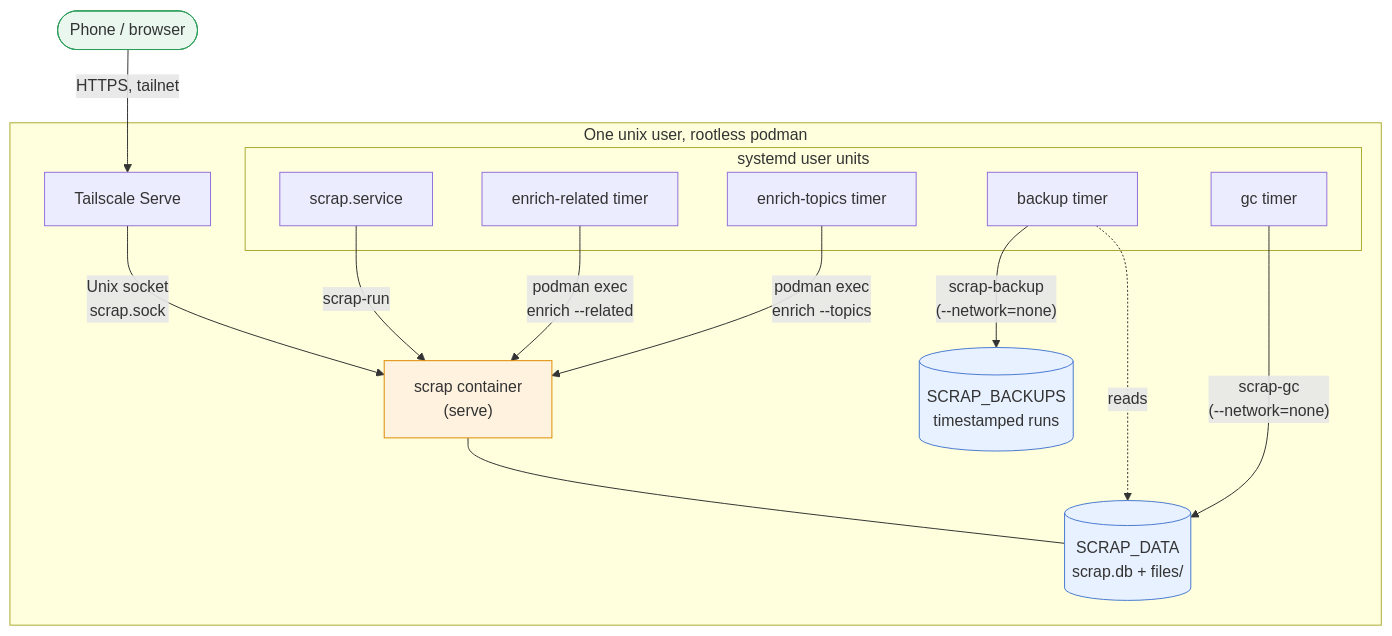
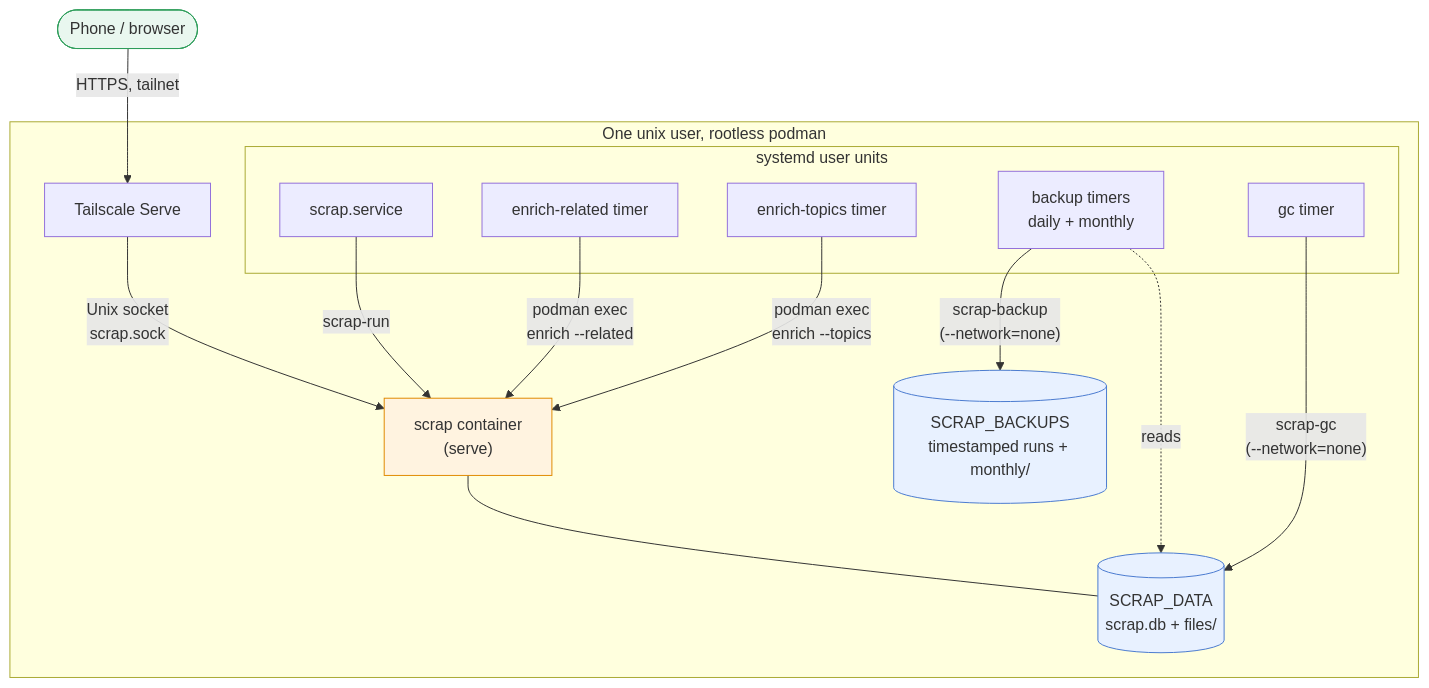
One commit to gilesknap/scrap changed the first of 3 diagrams in docs/explanations/architecture/deployment.md. Above: the diagram before and after it, drawn with Mermaid. The commit also changed other lines of this file, not shown here.

Commit message:
Architecture page: the single server's monthly backup timer (#285)

````diff
--- a/docs/explanations/architecture/deployment.md
+++ b/docs/explanations/architecture/deployment.md
@@ -16,29 +16,29 @@
 ```mermaid
 flowchart TD
     me(["Phone / browser"]):::user
     subgraph host["One unix user, rootless podman"]
         ts["Tailscale Serve"]
         subgraph units["systemd user units"]
             svc["scrap.service"]
-            tb["backup timer"]
+            tb["backup timers<br/>daily + monthly"]
             tg["gc timer"]
             tr["enrich-related timer"]
             tt["enrich-topics timer"]
         end
         app["scrap container<br/>(serve)"]
         data[("SCRAP_DATA<br/>scrap.db + files/")]:::store
-        bak[("SCRAP_BACKUPS<br/>timestamped runs")]:::store
+        bak[("SCRAP_BACKUPS<br/>timestamped runs + monthly/")]:::store
     end
     me -->|HTTPS, tailnet| ts
     ts -->|"Unix socket<br/>scrap.sock"| app
     svc -->|scrap-run| app
     app --- data
     tb -->|"scrap-backup<br/>(--network=none)"| bak
     tb -.->|reads| data
     tg -->|"scrap-gc<br/>(--network=none)"| data
     tr -->|"podman exec<br/>enrich --related"| app:::claude
     tt -->|"podman exec<br/>enrich --topics"| app
     classDef store fill:#e8f1ff,stroke:#4a7bd0
     classDef claude fill:#fff3e0,stroke:#e08a00
     classDef user fill:#e9f7ef,stroke:#2e9d5b
 ```
````
